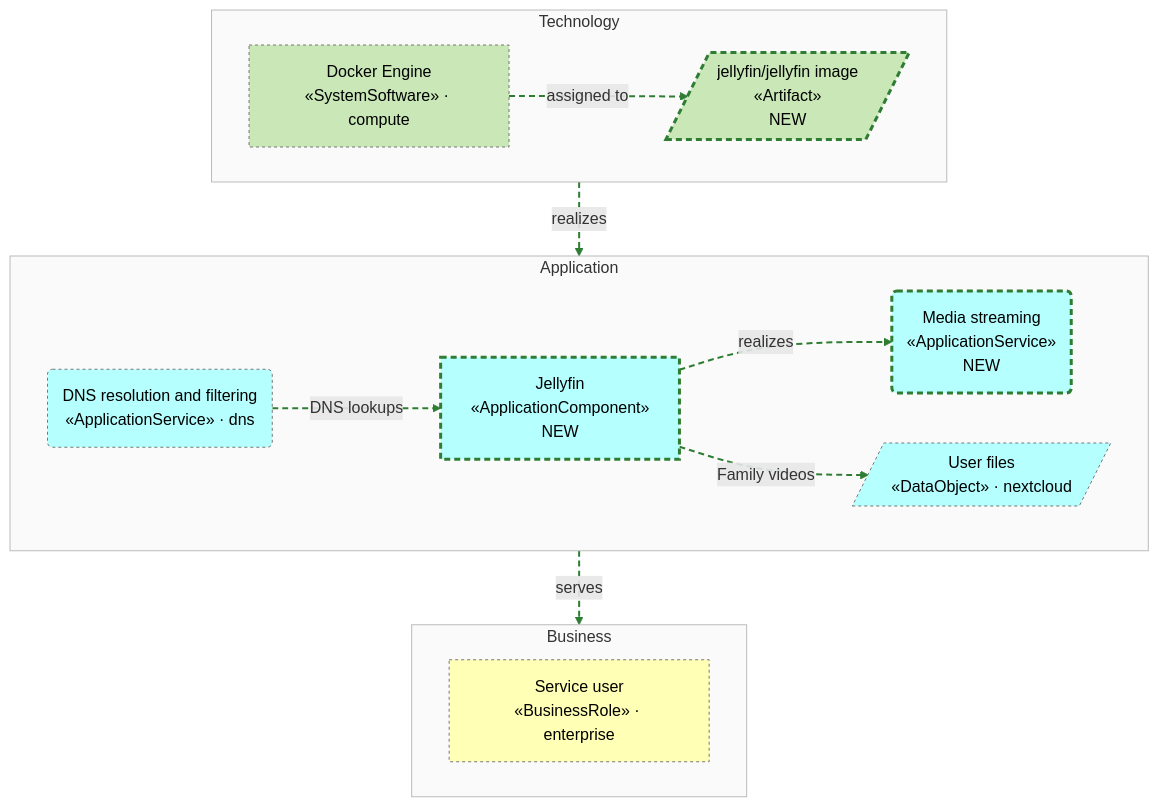
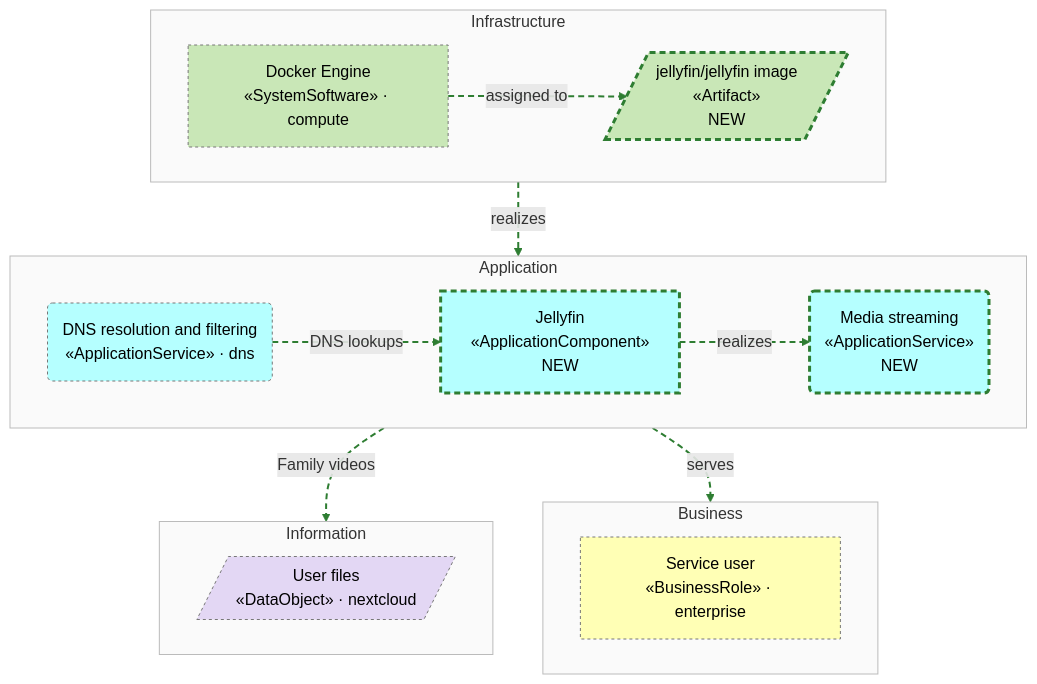
Before and after one commit to b-zig/a4m: the first of 3 diagrams in docs/media/view-overview.md, drawn with Mermaid. The commit also changed other lines of this file and 83 other files, not shown here.

````diff
--- a/docs/media/view-overview.md
+++ b/docs/media/view-overview.md
@@ -6,44 +6,50 @@
 ```mermaid
 flowchart TB
   subgraph layer_business["Business"]
     direction LR
     enterprise__bus_role_user["Service user<br/>«BusinessRole» · enterprise"]
   end
+  subgraph layer_information["Information"]
+    direction LR
+    nextcloud__data_files[/"User files<br/>«DataObject» · nextcloud"/]
+  end
   subgraph layer_application["Application"]
     direction LR
     app_jellyfin["Jellyfin<br/>«ApplicationComponent»<br/>NEW"]
     app_svc_streaming("Media streaming<br/>«ApplicationService»<br/>NEW")
     dns__app_svc_dns("DNS resolution and filtering<br/>«ApplicationService» · dns")
-    nextcloud__app_data_files[/"User files<br/>«DataObject» · nextcloud"/]
   end
-  subgraph layer_technology["Technology"]
+  subgraph layer_infrastructure["Infrastructure"]
     direction LR
-    tech_art_jellyfin[/"jellyfin/jellyfin image<br/>«Artifact»<br/>NEW"/]
-    compute__tech_docker["Docker Engine<br/>«SystemSoftware» · compute"]
+    infra_art_jellyfin[/"jellyfin/jellyfin image<br/>«Artifact»<br/>NEW"/]
+    compute__infra_docker["Docker Engine<br/>«SystemSoftware» · compute"]
   end
   app_jellyfin -.->|"realizes"| app_svc_streaming
   app_svc_streaming -->|"serves"| enterprise__bus_role_user
-  app_jellyfin -.->|"Family videos"| nextcloud__app_data_files
+  app_jellyfin -.->|"Family videos"| nextcloud__data_files
   dns__app_svc_dns -->|"DNS lookups"| app_jellyfin
-  compute__tech_docker -->|"assigned to"| tech_art_jellyfin
-  tech_art_jellyfin -.->|"realizes"| app_jellyfin
+  compute__infra_docker -->|"assigned to"| infra_art_jellyfin
+  infra_art_jellyfin -.->|"realizes"| app_jellyfin
   classDef business fill:#FFFFB5,stroke:#555,color:#000
   class enterprise__bus_role_user business
   style layer_business fill:#fafafa,stroke:#bbb
+  classDef information fill:#E3D7F4,stroke:#555,color:#000
+  class nextcloud__data_files information
+  style layer_information fill:#fafafa,stroke:#bbb
   classDef application fill:#B5FFFF,stroke:#555,color:#000
-  class app_jellyfin,app_svc_streaming,dns__app_svc_dns,nextcloud__app_data_files application
+  class app_jellyfin,app_svc_streaming,dns__app_svc_dns application
   style layer_application fill:#fafafa,stroke:#bbb
-  classDef technology fill:#C9E7B7,stroke:#555,color:#000
-  class tech_art_jellyfin,compute__tech_docker technology
-  style layer_technology fill:#fafafa,stroke:#bbb
+  classDef infrastructure fill:#C9E7B7,stroke:#555,color:#000
+  class infra_art_jellyfin,compute__infra_docker infrastructure
+  style layer_infrastructure fill:#fafafa,stroke:#bbb
   classDef foreign stroke:#777,stroke-dasharray:3 3
-  class compute__tech_docker,dns__app_svc_dns,enterprise__bus_role_user,nextcloud__app_data_files foreign
+  class compute__infra_docker,dns__app_svc_dns,enterprise__bus_role_user,nextcloud__data_files foreign
   classDef st_new stroke:#2e7d32,stroke-width:3px,stroke-dasharray:6 4
-  class app_jellyfin,app_svc_streaming,tech_art_jellyfin st_new
+  class app_jellyfin,app_svc_streaming,infra_art_jellyfin st_new
   linkStyle 0 stroke:#2e7d32,stroke-width:2px,stroke-dasharray:6 4
   linkStyle 1 stroke:#2e7d32,stroke-width:2px,stroke-dasharray:6 4
   linkStyle 2 stroke:#2e7d32,stroke-width:2px,stroke-dasharray:6 4
   linkStyle 3 stroke:#2e7d32,stroke-width:2px,stroke-dasharray:6 4
   linkStyle 4 stroke:#2e7d32,stroke-width:2px,stroke-dasharray:6 4
   linkStyle 5 stroke:#2e7d32,stroke-width:2px,stroke-dasharray:6 4
 ```
````
